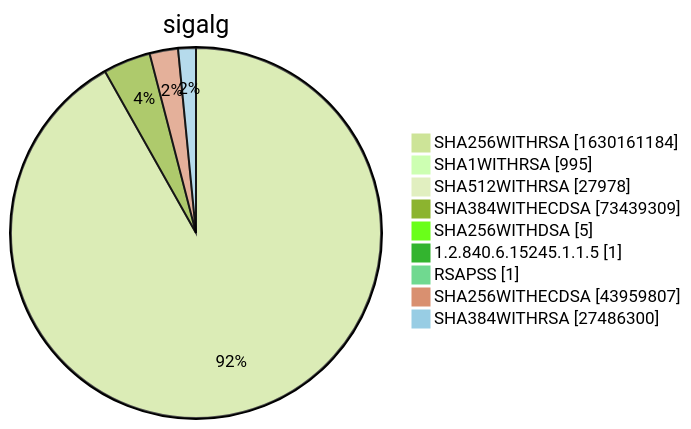
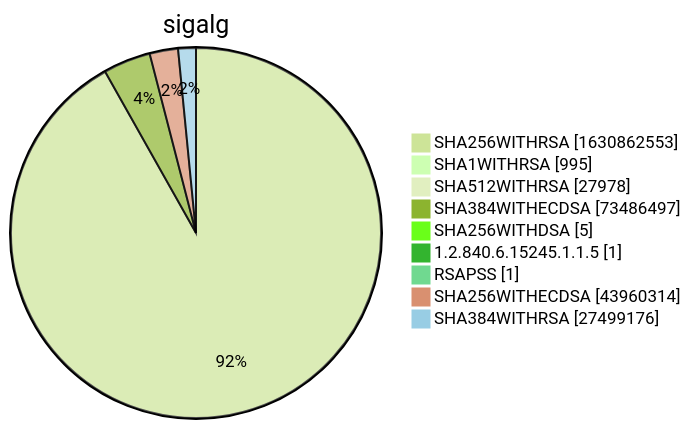
Before and after one commit to christiankrug/ctmonitor_visualization: diagram 15 of 15 in xenon2022/README.md, drawn with Mermaid (forest theme). The commit also changed other lines of this file, not shown here.

````diff
--- a/xenon2022/README.md
+++ b/xenon2022/README.md
@@ -5872,13 +5872,13 @@
 ```mermaid
 pie showData
 title sigalg
-"SHA256WITHRSA" :1630161184
+"SHA256WITHRSA" :1630862553
 "SHA1WITHRSA" :995
 "SHA512WITHRSA" :27978
-"SHA384WITHECDSA" :73439309
+"SHA384WITHECDSA" :73486497
 "SHA256WITHDSA" :5
 "1.2.840.6.15245.1.1.5" :1
 "RSAPSS" :1
-"SHA256WITHECDSA" :43959807
-"SHA384WITHRSA" :27486300
+"SHA256WITHECDSA" :43960314
+"SHA384WITHRSA" :27499176
 ```
````
